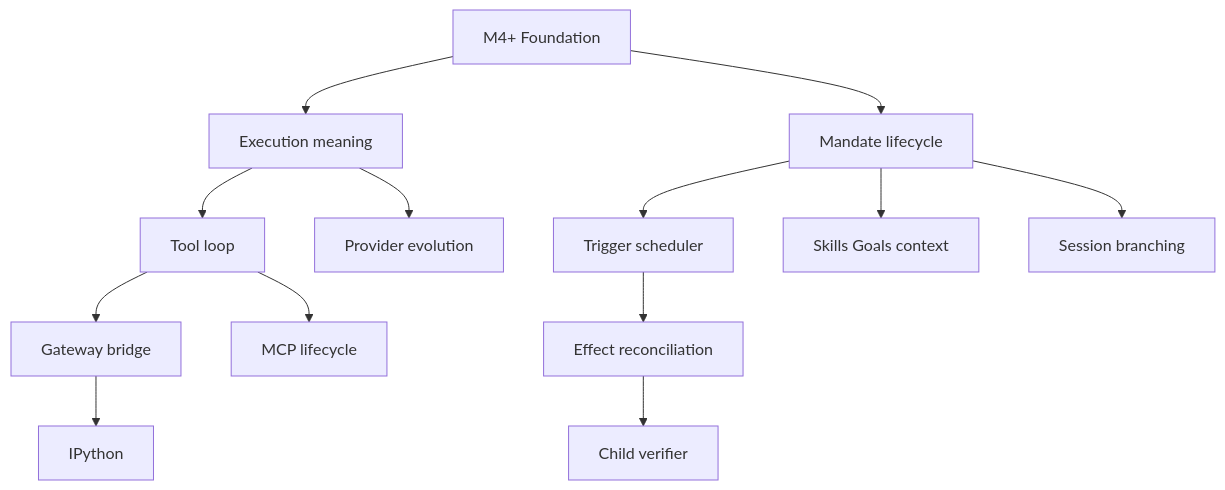
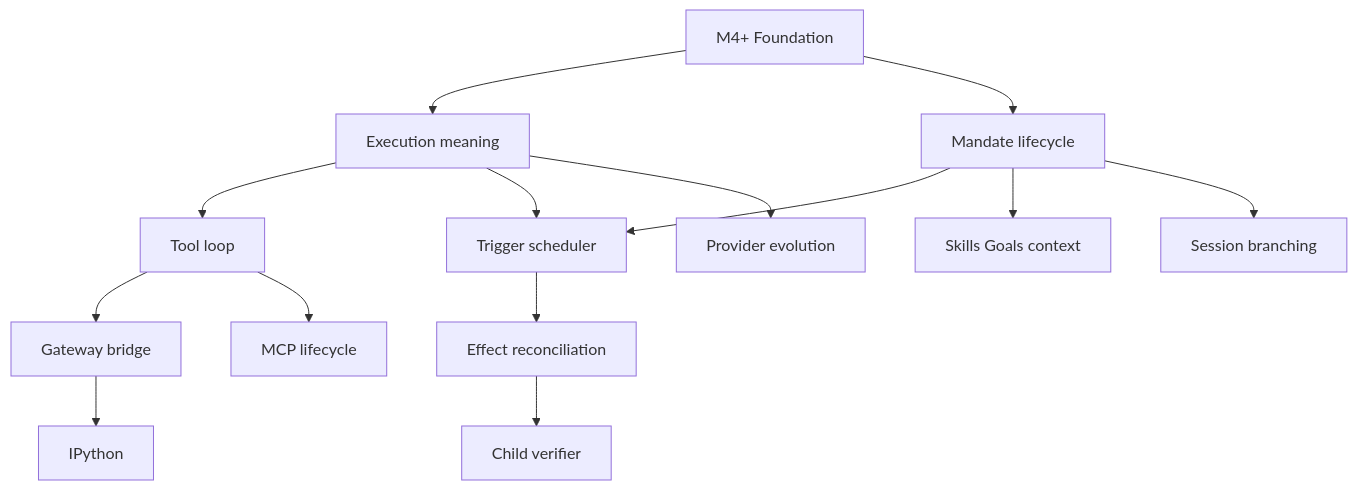
Before and after one commit to y0tsy/intention-relay: the second of 2 diagrams in docs/intention-relay/architecture/11-implementation-roadmap.md, drawn with Mermaid. The commit also changed other lines of this file and 19 other files, not shown here.

Commit message:
docs(architecture): define mandate scheduler boundary

````diff
--- a/docs/intention-relay/architecture/11-implementation-roadmap.md
+++ b/docs/intention-relay/architecture/11-implementation-roadmap.md
@@ -491,15 +491,16 @@
 ```mermaid
 flowchart TD
   F[M4+ Foundation] --> E[Execution meaning]
   F --> M[Mandate lifecycle]
   E --> T[Tool loop]
   M --> S[Trigger scheduler]
+  E --> S
   T --> G[Gateway bridge]
   S --> X[Effect reconciliation]
   X --> C[Child verifier]
   T --> P[MCP lifecycle]
   M --> K[Skills Goals context]
   E --> V[Provider evolution]
   M --> B[Session branching]
   G --> I[IPython]
 ```
````
